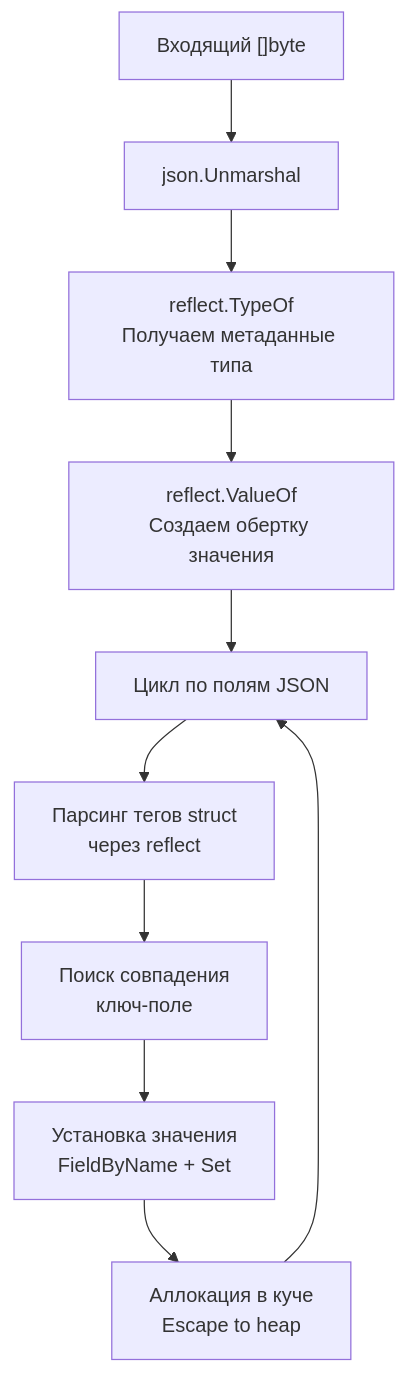
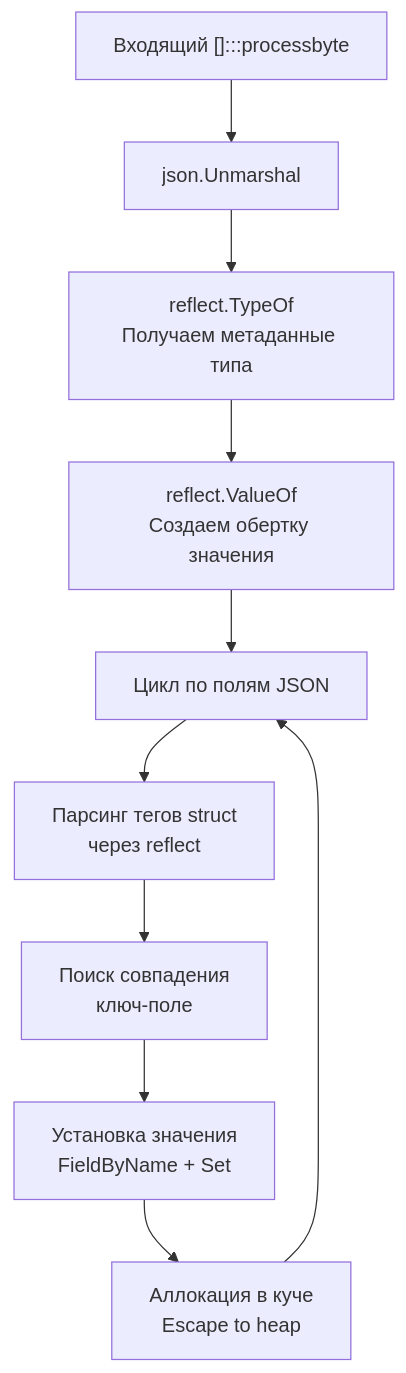
The diagram in sources/5. Учебник по Go (Основы и синтаксис)/30. Работа с JSON.md (UnrealTemplier/go-textbook), drawn with Mermaid before and after one commit. The commit also changed 1666 other files, not shown here.

First line of the commit message:
feat(mermaid): add semantic color classDef to 1369 colorless flowchart/graph diagrams

````diff
--- a/sources/5. Учебник по Go (Основы и синтаксис)/30. Работа с JSON.md
+++ b/sources/5. Учебник по Go (Основы и синтаксис)/30. Работа с JSON.md
@@ -180,12 +180,22 @@
 ```mermaid
 flowchart TD
-    A["Входящий []byte"] --> B["json.Unmarshal"]
+    classDef process  fill:#1e293b,stroke:#38bdf8,stroke-width:1px,color:#f8fafc
+    classDef success  fill:#064e3b,stroke:#34d399,stroke-width:1px,color:#f8fafc
+    classDef error    fill:#7f1d1d,stroke:#f87171,stroke-width:1px,color:#f8fafc
+    classDef warning  fill:#78350f,stroke:#fbbf24,stroke-width:1px,color:#f8fafc
+    classDef entry    fill:#1e3a5f,stroke:#38bdf8,stroke-width:2px,color:#f8fafc
+    classDef aux      fill:#334155,stroke:#64748b,stroke-width:1px,color:#f8fafc
+    classDef system   fill:#312e81,stroke:#a78bfa,stroke-width:1px,color:#f8fafc
+    classDef data     fill:#132d29,stroke:#2dd4bf,stroke-width:1px,color:#f8fafc
+    classDef network  fill:#881337,stroke:#fb7185,stroke-width:1px,color:#f8fafc
+    classDef accent   fill:#1e1b4b,stroke:#818cf8,stroke-width:1px,color:#f8fafc
+    A["Входящий []:::processbyte"] --> B["json.Unmarshal"]
     B --> C["reflect.TypeOf<br/>Получаем метаданные типа"]
     C --> D["reflect.ValueOf<br/>Создаем обертку значения"]
     D --> E["Цикл по полям JSON"]
     E --> F["Парсинг тегов struct<br/>через reflect"]
     F --> G["Поиск совпадения<br/>ключ-поле"]
     G --> H["Установка значения<br/>FieldByName + Set"]
     H --> I["Аллокация в куче<br/>Escape to heap"]
     I --> E
 ```
````
